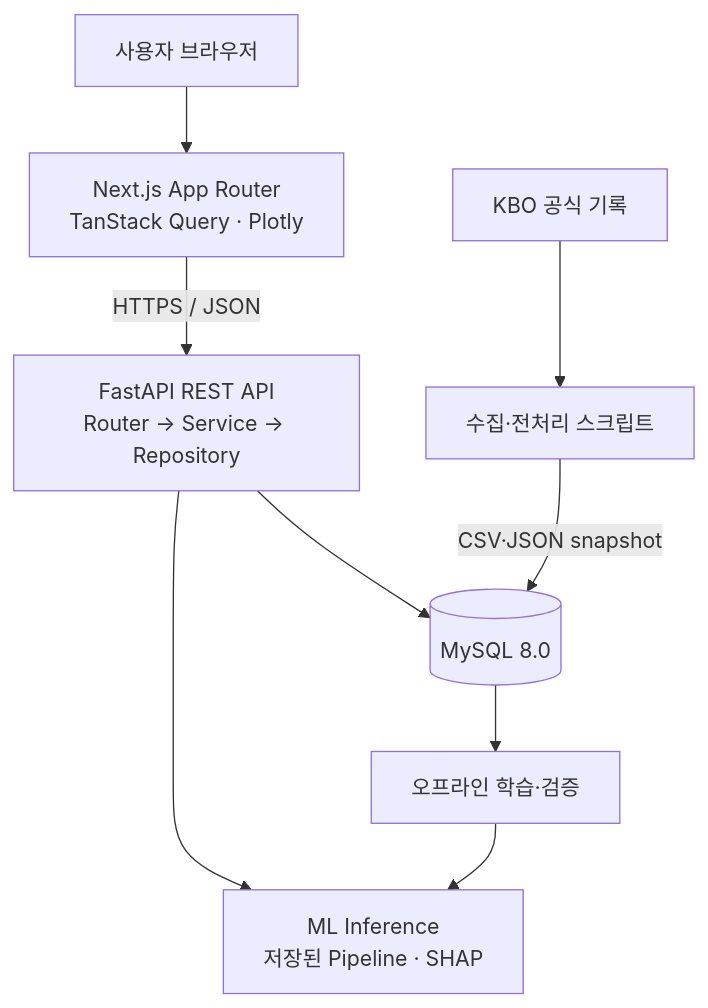
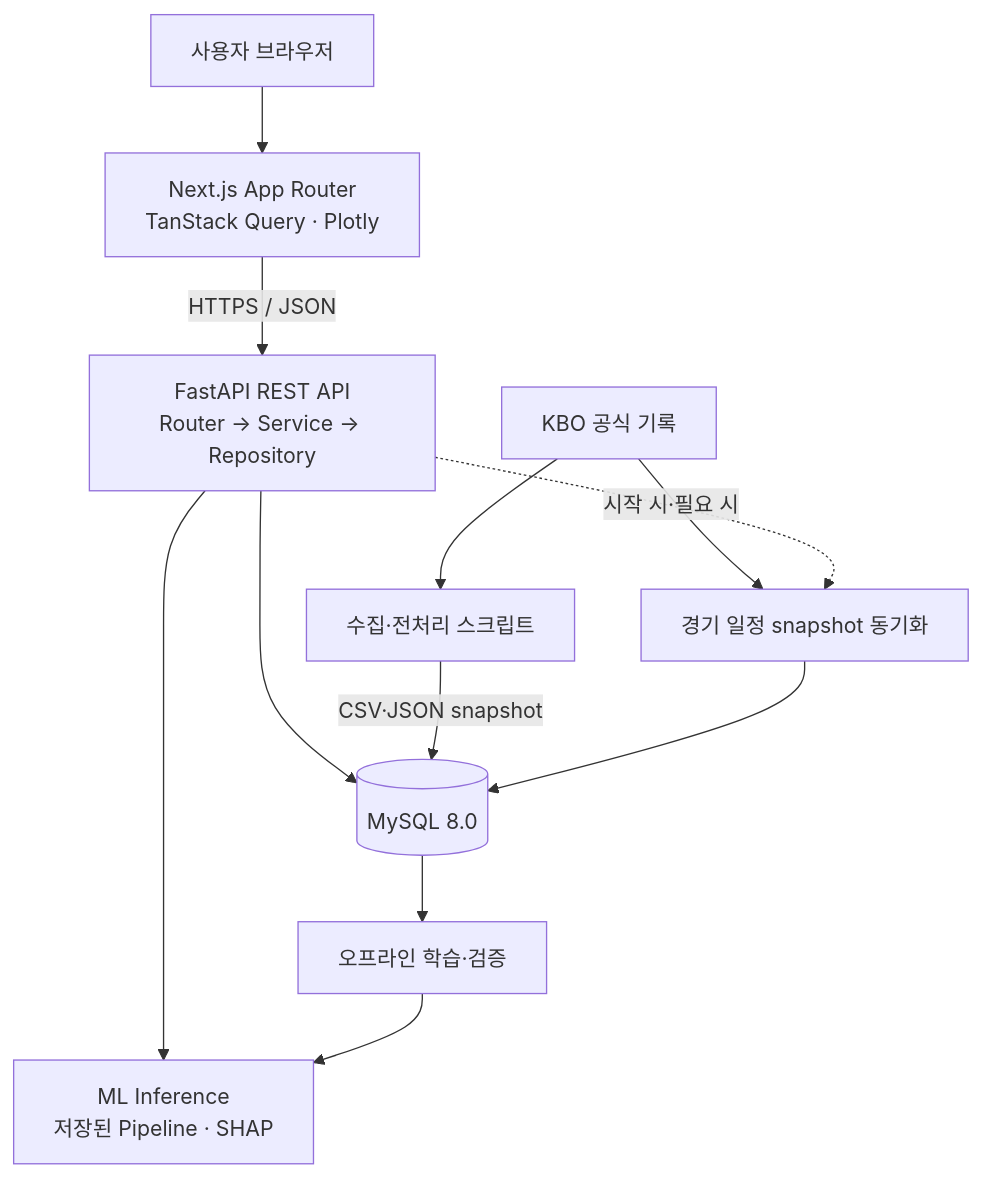
Before and after one commit to junsuuuuuuuu/Kbo_Stats: the diagram in README.md, drawn with Mermaid. The commit also changed other lines of this file, not shown here.

```diff
--- a/README.md
+++ b/README.md
@@ -91,11 +90,14 @@
 ~~~mermaid
 flowchart TD
     U[사용자 브라우저] --> F[Next.js App Router<br/>TanStack Query · Plotly]
     F -->|HTTPS / JSON| B[FastAPI REST API<br/>Router → Service → Repository]
     B --> D[(MySQL 8.0)]
     B --> M[ML Inference<br/>저장된 Pipeline · SHAP]
     K[KBO 공식 기록] --> C[수집·전처리 스크립트]
     C -->|CSV·JSON snapshot| D
+    K --> S[경기 일정 snapshot 동기화]
+    S --> D
+    B -. 시작 시·필요 시 .-> S
     D --> A[오프라인 학습·검증]
     A --> M
 ~~~
```
